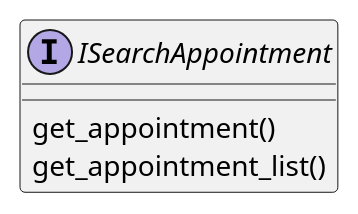
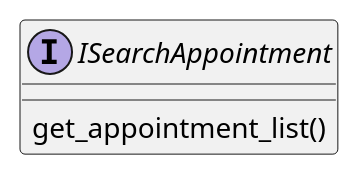
Before and after one commit to bugagashen6ka/quark: diagram 11 of 14 in doc/notes_interfaces.org, drawn with PlantUML. The commit also changed other lines of this file and 4 other files, not shown here.

```diff
--- a/doc/notes_interfaces.org
+++ b/doc/notes_interfaces.org
@@ -82,6 +92,5 @@
   #+begin_src plantuml :file ./isearch_appointment.png
   interface ISearchAppointment {
-    get_appointment()
     get_appointment_list()
   }
   #+end_src
```
